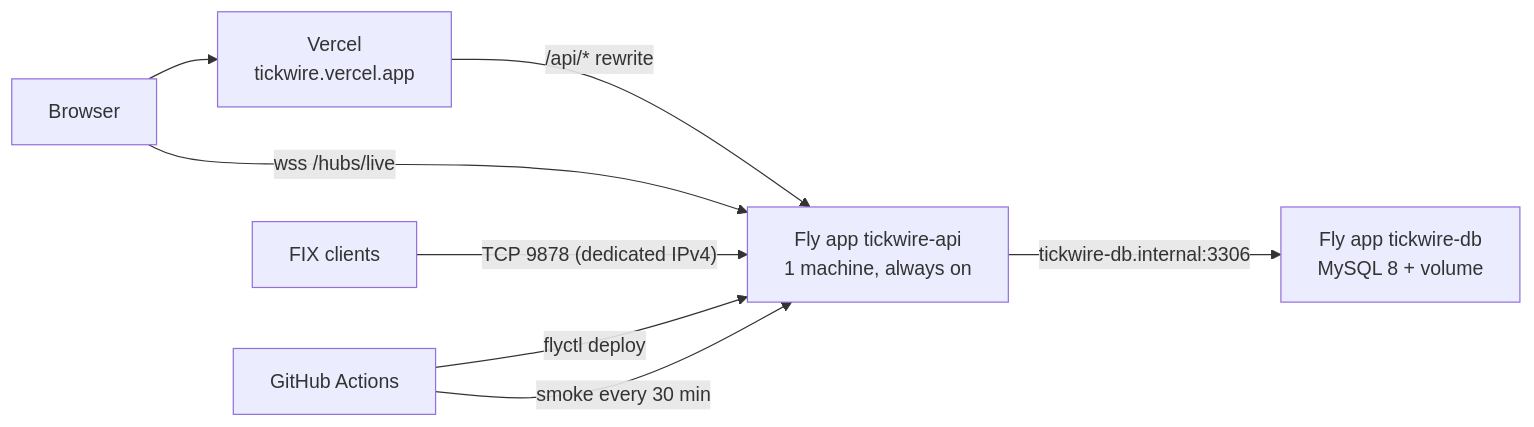
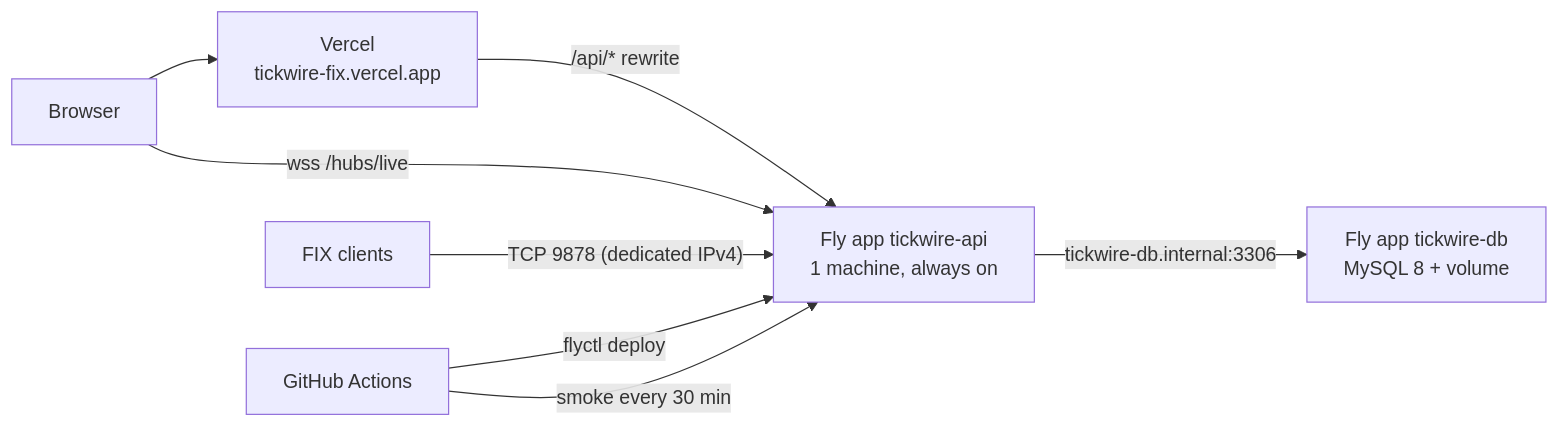
One commit to danialtoor/tickwire changed the third of 3 diagrams in docs/architecture.md. Above: the diagram before and after it, drawn with Mermaid. The commit also changed 5 other files, not shown here.

````diff
--- a/docs/architecture.md
+++ b/docs/architecture.md
@@ -111,10 +111,10 @@
 ```mermaid
 flowchart LR
-  V[Vercel<br/>tickwire.vercel.app] -- "/api/* rewrite" --> A
+  V[Vercel<br/>tickwire-fix.vercel.app] -- "/api/* rewrite" --> A
   Br[Browser] --> V
   Br -- "wss /hubs/live" --> A
   Q[FIX clients] -- "TCP 9878 (dedicated IPv4)" --> A
   A[Fly app tickwire-api<br/>1 machine, always on] -- "tickwire-db.internal:3306" --> D[Fly app tickwire-db<br/>MySQL 8 + volume]
   GH[GitHub Actions] -- "flyctl deploy" --> A
   GH -- "smoke every 30 min" --> A
 ```
````
